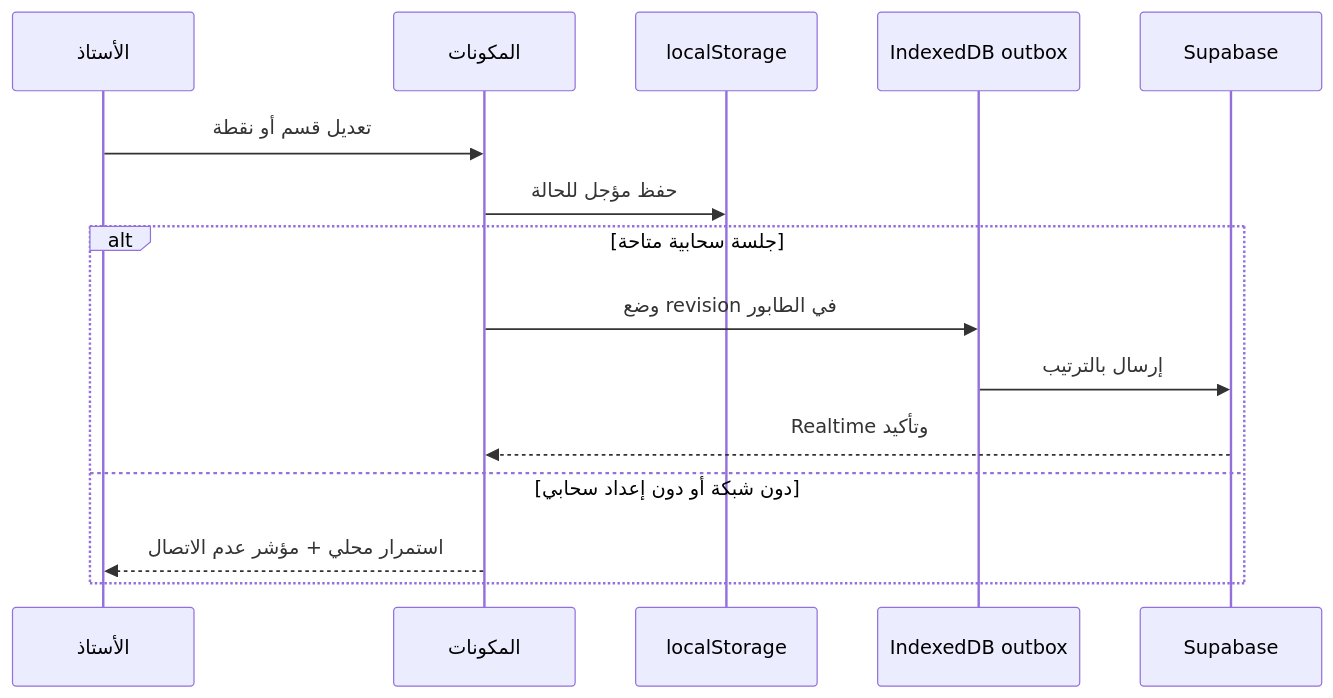
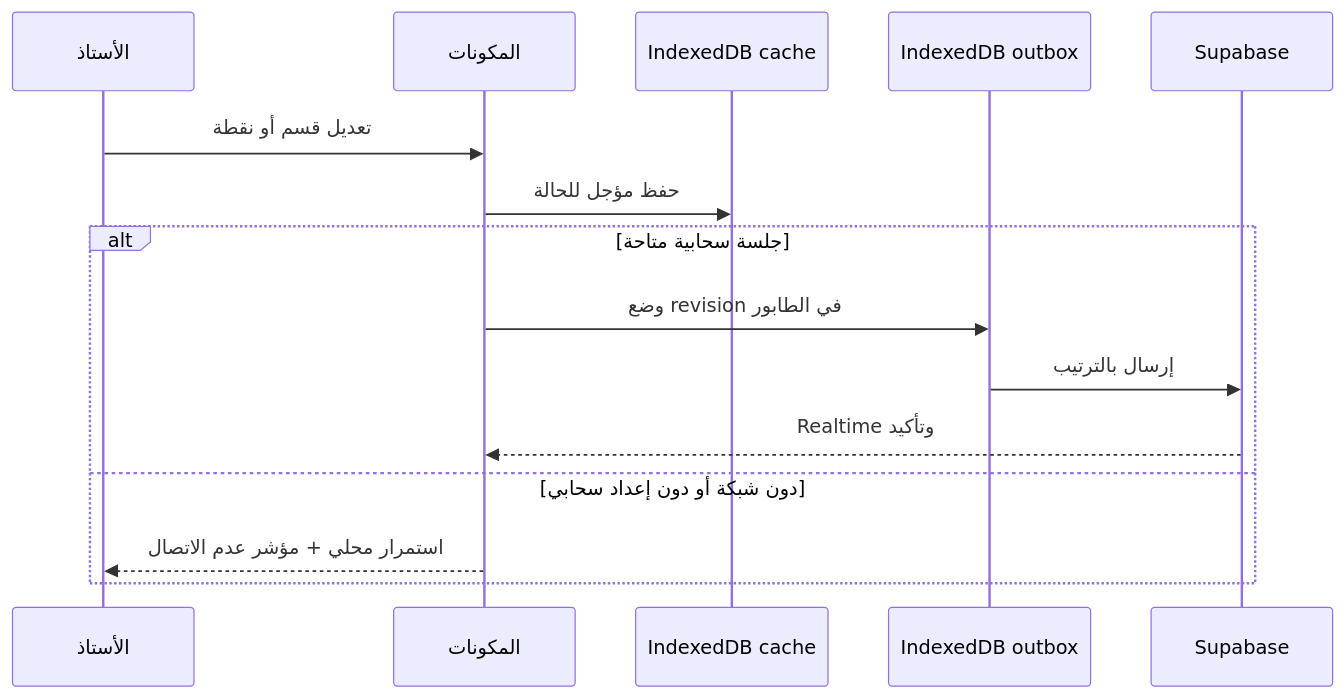
One commit to hichamabderr/Ostad changed the third of 3 diagrams in DESIGN.md. Above: the diagram before and after it, drawn with Mermaid. The commit also changed other lines of this file and 84 other files, not shown here.

````diff
--- a/DESIGN.md
+++ b/DESIGN.md
@@ -90,18 +100,18 @@
 ```mermaid
 sequenceDiagram
     participant U as الأستاذ
     participant UI as المكونات
-    participant L as localStorage
+    participant L as IndexedDB cache
     participant O as IndexedDB outbox
     participant S as Supabase
 
     U->>UI: تعديل قسم أو نقطة
     UI->>L: حفظ مؤجل للحالة
     alt جلسة سحابية متاحة
         UI->>O: وضع revision في الطابور
         O->>S: إرسال بالترتيب
         S-->>UI: Realtime وتأكيد
     else دون شبكة أو دون إعداد سحابي
         UI-->>U: استمرار محلي + مؤشر عدم الاتصال
     end
 ```
````
